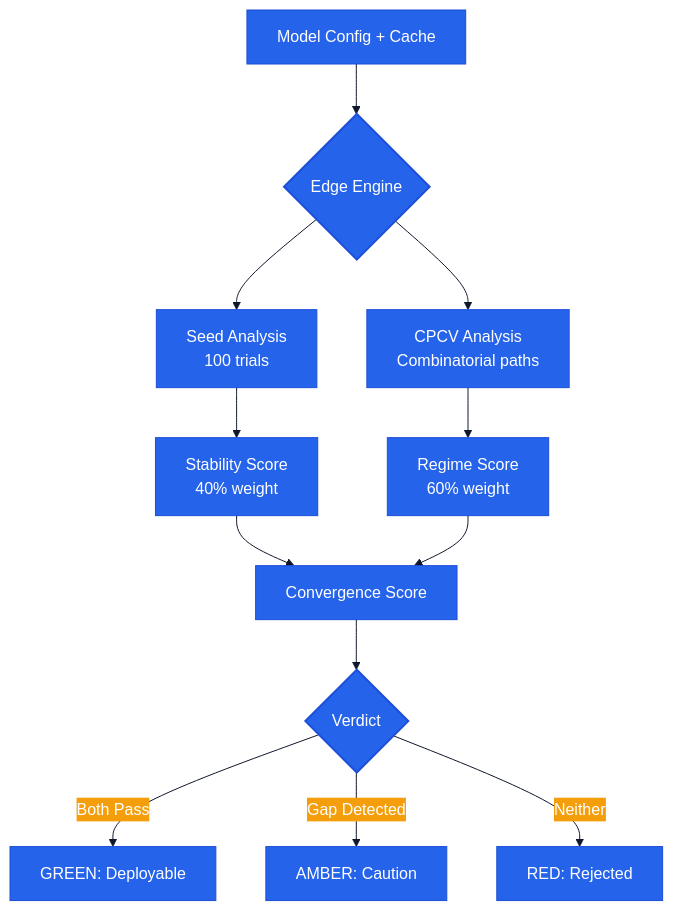
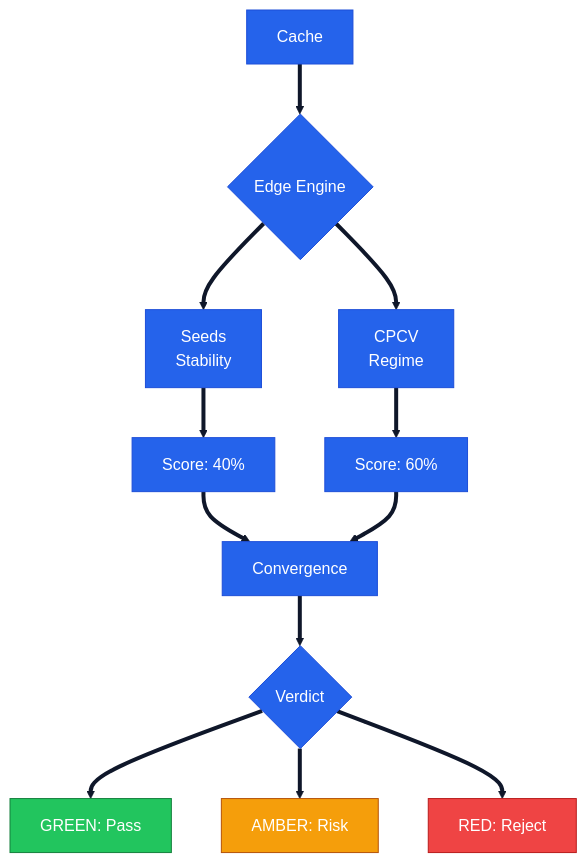
The fourth of 4 diagrams in README.md (Pablo-Molla-Charlez/SecondaryModel), drawn with Mermaid before and after one commit. The commit also changed other lines of this file, not shown here.

````diff
--- a/README.md
+++ b/README.md
@@ -135,16 +142,21 @@
 ```mermaid
 %%{init: {'theme': 'base', 'themeVariables': { 'primaryColor': '#2563eb', 'primaryBorderColor': '#1d4ed8', 'primaryTextColor': '#ffffff', 'secondaryColor': '#f59e0b', 'tertiaryColor': '#dcfce7', 'lineColor': '#0f172a', 'background': '#ffffff'}}}%%
 flowchart TD
-    A[Model Config + Cache] --> B{Edge Engine}
-    B --> C[Seed Analysis<br/>100 trials]
-    B --> D[CPCV Analysis<br/>Combinatorial paths]
-    C --> E[Stability Score<br/>40% weight]
-    D --> F[Regime Score<br/>60% weight]
-    E & F --> G[Convergence Score]
+    A[Cache] --> B{Edge Engine}
+    B --> C[Seeds<br/>Stability]
+    B --> D[CPCV<br/>Regime]
+    C --> E[Score: 40%]
+    D --> F[Score: 60%]
+    E & F --> G[Convergence]
     G --> H{Verdict}
-    H -->|Both Pass| I[GREEN: Deployable]
-    H -->|Gap Detected| J[AMBER: Caution]
-    H -->|Neither| K[RED: Rejected]
-    classDef gate fill:#2563eb,stroke:#1d4ed8,color:#ffffff,stroke-width:2px;
-    class B,H gate;
+    H --> I[GREEN: Pass]
+    H --> J[AMBER: Risk]
+    H --> K[RED: Reject]
+    classDef green fill:#22c55e,stroke:#15803d,color:#ffffff;
+    classDef amber fill:#f59e0b,stroke:#b45309,color:#ffffff;
+    classDef red fill:#ef4444,stroke:#b91c1c,color:#ffffff;
+    class I green;
+    class J amber;
+    class K red;
+    linkStyle default stroke:#0f172a,stroke-width:4px;
 ```
````
